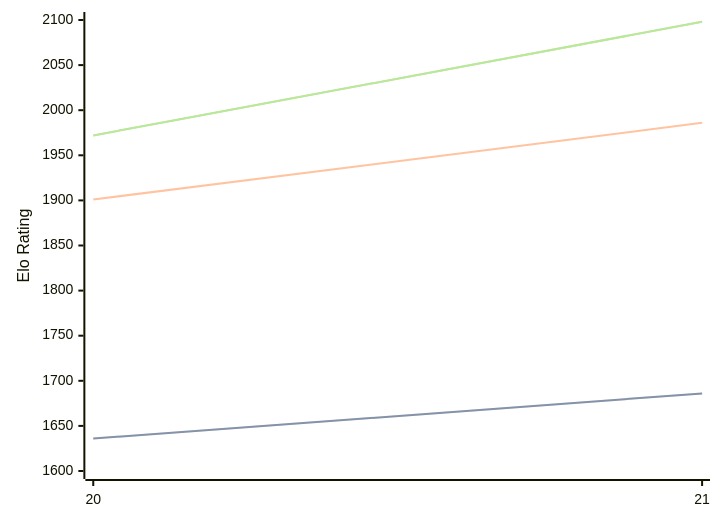
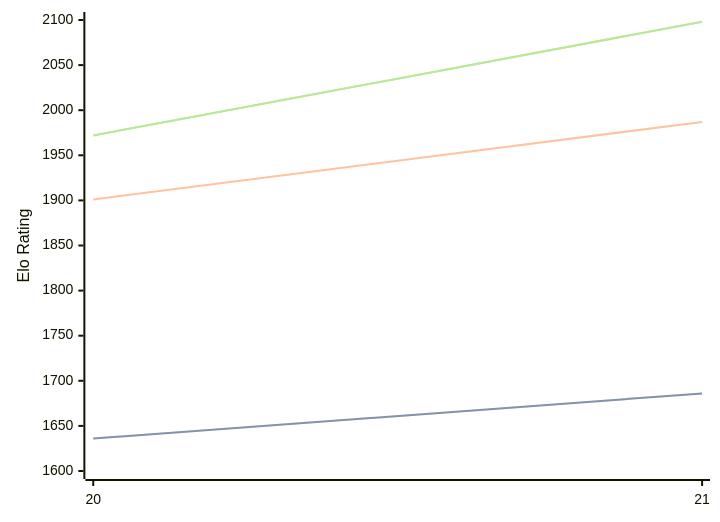
Before and after one commit to computer-chess-index/cci: the diagram in engines/PurplePanda.md, drawn with Mermaid. The commit also changed other lines of this file, not shown here.

````diff
--- a/engines/PurplePanda.md
+++ b/engines/PurplePanda.md
@@ -40,11 +40,11 @@
 ```mermaid
 %%{init: {"theme":"base","themeVariables":{"seriesColors:['#a3a3a3','#222221','#faa371']}}}%%
 xychart-beta
   x-axis ["20", "21"]
   y-axis "Elo Rating" 1600 --> 2100
   line "STC (8.0+0.08s)" [1636, 1686]
   line "STC (8.0+0.08s)" [1636, 1686]
-  line "LTC (60.0+0.60s)" [1901, 1986]
+  line "LTC (60.0+0.60s)" [1901, 1987]
   line "VLTC (2m24s+1.12s)" [1972, 2098]
   line "VLTC (2m24s+1.12s)" [1972, 2098]
 ```
````
